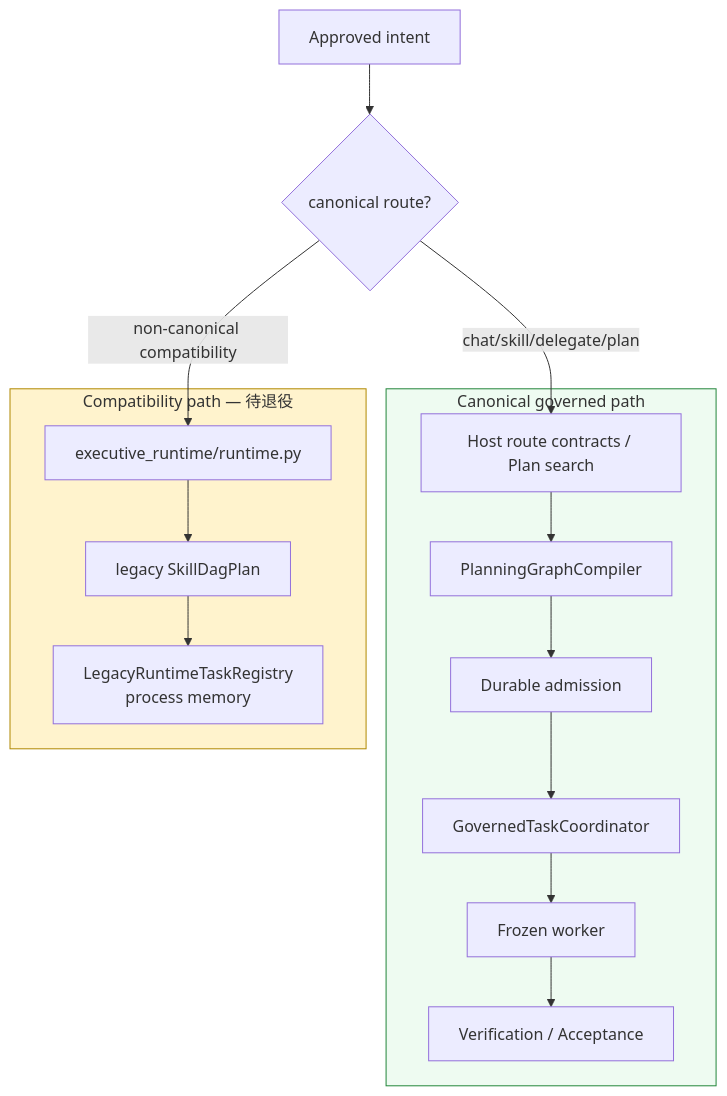
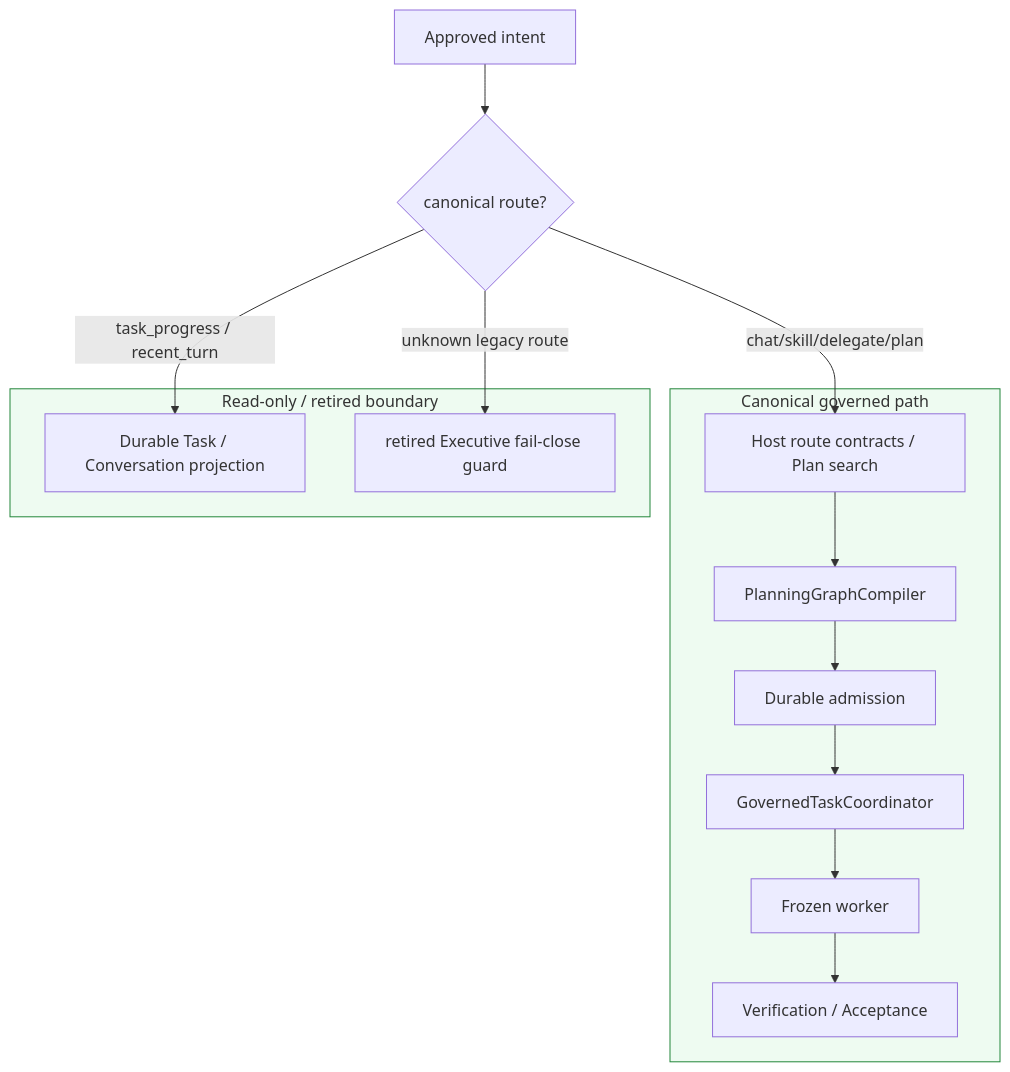
Before and after one commit to SakuraYoruno/Natsume_Ai: the first of 4 diagrams in docs/50_project/arch/diagrams/04_executive_layers.md, drawn with Mermaid. The commit also changed other lines of this file and 63 other files, not shown here.

````diff
--- a/docs/50_project/arch/diagrams/04_executive_layers.md
+++ b/docs/50_project/arch/diagrams/04_executive_layers.md
@@ -13,29 +13,28 @@
 ```mermaid
 flowchart TD
     INTENT["Approved intent"]
     ROUTE{"canonical route?"}
 
     subgraph Canonical["Canonical governed path"]
         HS["Host route contracts / Plan search"]
         GC["PlanningGraphCompiler"]
         AD["Durable admission"]
         TR["GovernedTaskCoordinator"]
         WK["Frozen worker"]
         AC["Verification / Acceptance"]
         HS --> GC --> AD --> TR --> WK --> AC
     end
 
-    subgraph Legacy["Compatibility path — 待退役"]
-        EX["executive_runtime/runtime.py"]
-        SD["legacy SkillDagPlan"]
-        REG["LegacyRuntimeTaskRegistry\nprocess memory"]
-        EX --> SD --> REG
+    subgraph ReadOnly["Read-only / retired boundary"]
+        RP["Durable Task / Conversation projection"]
+        EX["retired Executive fail-close guard"]
     end
 
     INTENT --> ROUTE
     ROUTE -->|"chat/skill/delegate/plan"| HS
-    ROUTE -->|"non-canonical compatibility"| EX
+    ROUTE -->|"task_progress / recent_turn"| RP
+    ROUTE -->|"unknown legacy route"| EX
 
     style Canonical fill:#eefbf1,stroke:#22863a
-    style Legacy fill:#fff3cd,stroke:#b08800
+    style ReadOnly fill:#eefbf1,stroke:#22863a
 ```
````
